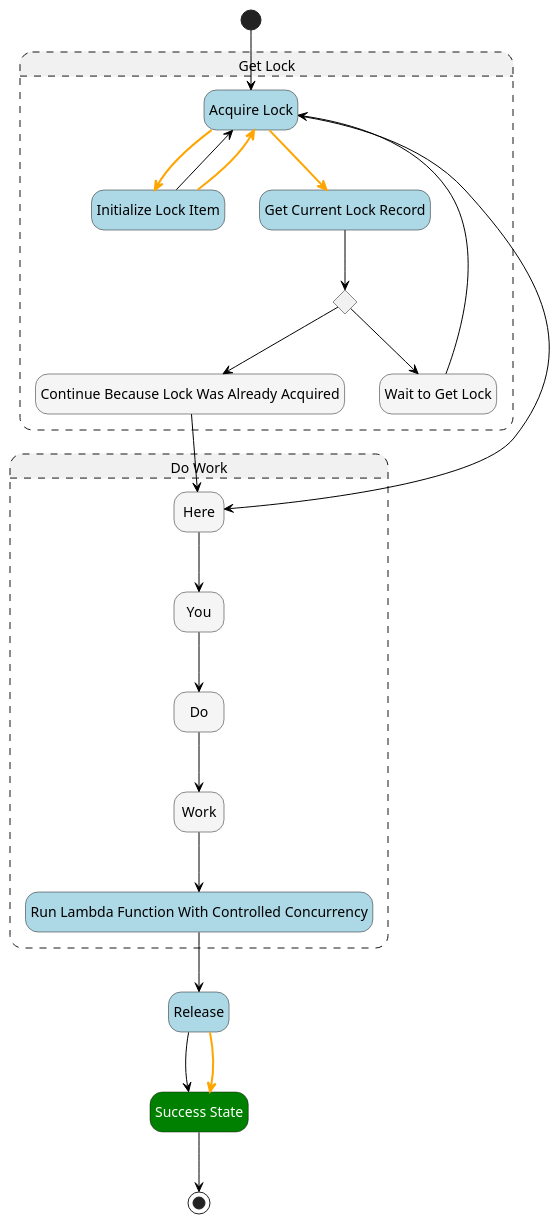
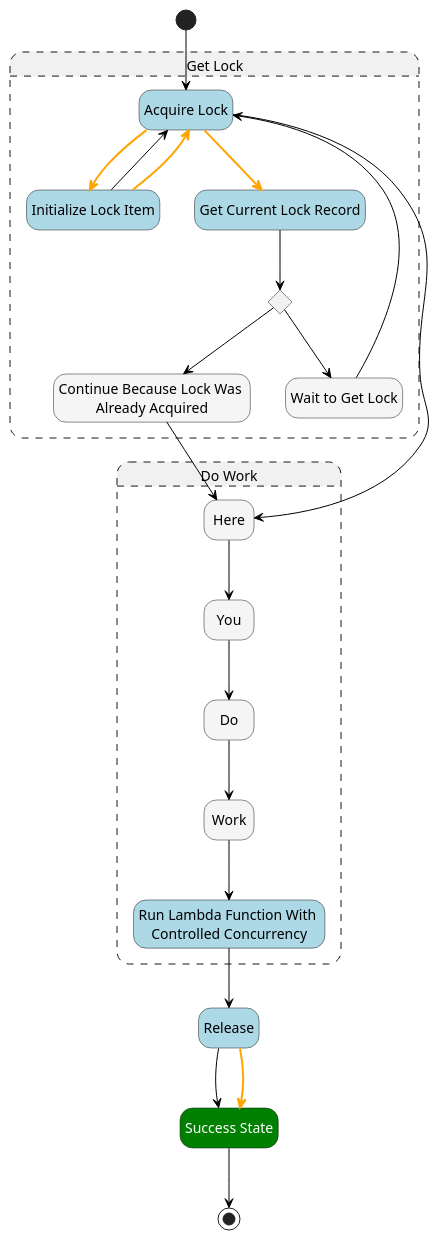
Before and after one commit to massfords/asl-puml: the diagram in src/__tests__/pumls/aws-example-dynamodb-semaphore-acquirelock.asl.puml, drawn with PlantUML. The commit also changed 6 other files, not shown here.

```diff
--- a/src/__tests__/pumls/aws-example-dynamodb-semaphore-acquirelock.asl.puml
+++ b/src/__tests__/pumls/aws-example-dynamodb-semaphore-acquirelock.asl.puml
@@ -1,58 +1,58 @@
 @startuml
 hide empty description
 skinparam ArrowColor #black
 skinparam state {
 
     BackgroundColor<<Choice>> #whitesmoke
     FontColor<<Choice>> automatic
 
     BackgroundColor<<aslPass>> #whitesmoke
     FontColor<<aslPass>> automatic
 
     BackgroundColor<<aslSucceed>> #green
     FontColor<<aslSucceed>> automatic
 
     BackgroundColor<<aslTask>> #lightblue
     FontColor<<aslTask>> automatic
 
     BackgroundColor<<aslWait>> #whitesmoke
     FontColor<<aslWait>> automatic
     BackgroundColor<<Compensate>> #orange
 }
 state "Get Lock" as compositeState1 ##[dashed] {
 state "Acquire Lock" as state1<<aslTask>>
 state "Initialize Lock Item" as state2<<aslTask>>
 state "Get Current Lock Record" as state3<<aslTask>>
 state "Check If Lock Already Acquired" as state4<<Choice>>
-state "Continue Because Lock Was Already Acquired" as state5<<aslPass>>
+state "Continue Because Lock Was \nAlready Acquired" as state5<<aslPass>>
 state "Wait to Get Lock" as state6<<aslWait>>
 }
 state "Do Work" as compositeState2 ##[dashed] {
 state "Here" as state7<<aslPass>>
 state "You" as state8<<aslPass>>
 state "Do" as state9<<aslPass>>
 state "Work" as state10<<aslPass>>
-state "Run Lambda Function With Controlled Concurrency" as state11<<aslTask>>
+state "Run Lambda Function With \nControlled Concurrency" as state11<<aslTask>>
 }
 state "Release" as state12<<aslTask>>
 state "Success State" as state13<<aslSucceed>>
 [*] --> state1
 state1 --> state7
 state1 -[bold,#orange]-> state2
 state1 -[bold,#orange]-> state3
 state2 --> state1
 state2 -[bold,#orange]-> state1
 state3 --> state4
 state4 --> state5
 state4 --> state6
 state5 --> state7
 state6 --> state1
 state7 --> state8
 state8 --> state9
 state9 --> state10
 state10 --> state11
 state11 --> state12
 state12 --> state13
 state12 -[bold,#orange]-> state13
 state13 --> [*]
 @enduml
```
